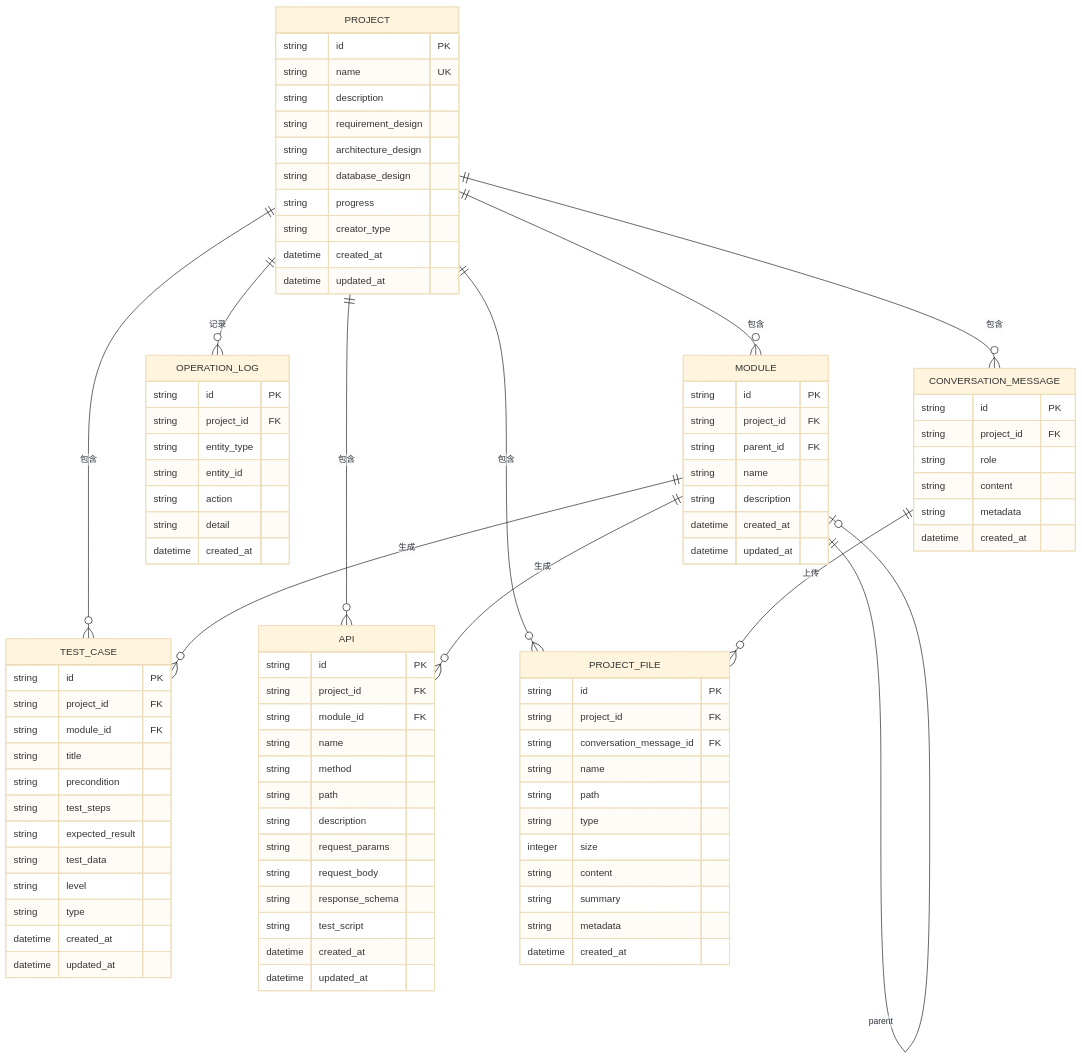
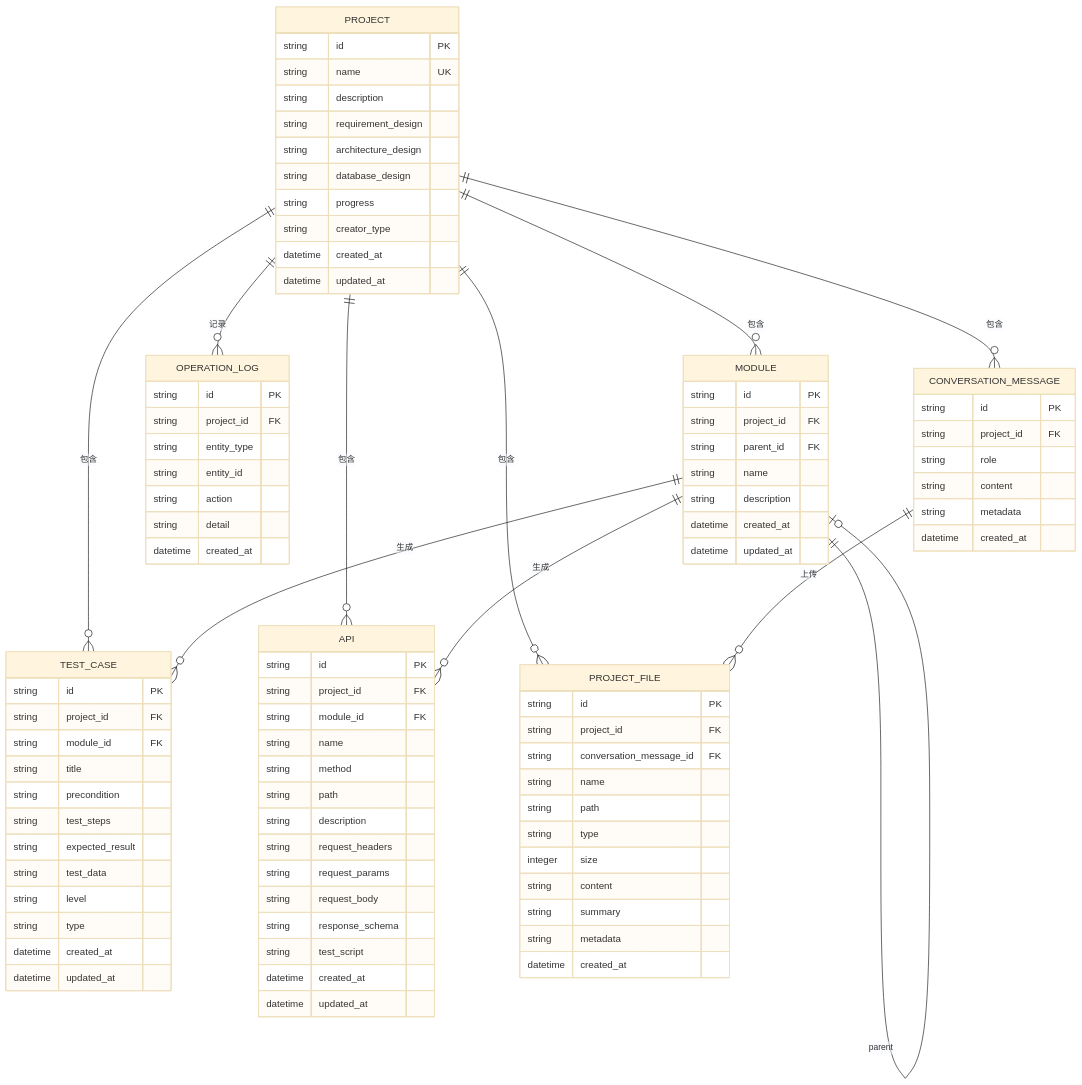
Before and after one commit to moderncrazy/ai-case-generator-demo: the diagram in doc/database_design.md, drawn with Mermaid (base theme). The commit also changed other lines of this file and 169 other files, not shown here.

```diff
--- a/doc/database_design.md
+++ b/doc/database_design.md
@@ -69,6 +69,7 @@
         string method
         string path
         string description
+        string request_headers
         string request_params
         string request_body
         string response_schema
```
